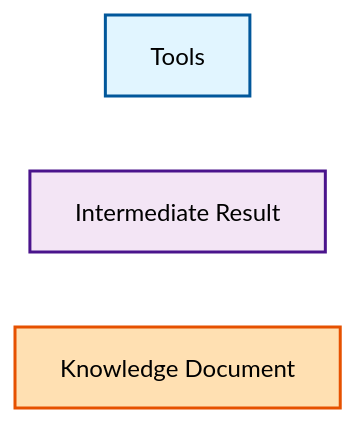
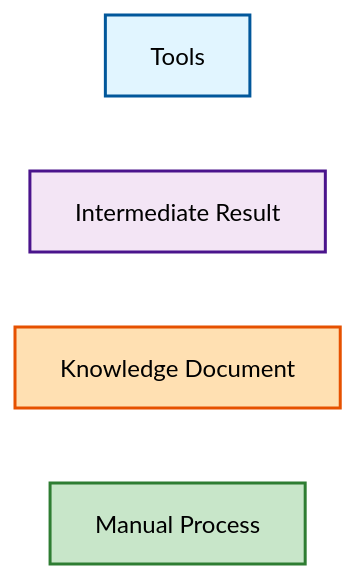
Before and after one commit to isidore/AIJournaling: the first of 2 diagrams in Flowchart_Journaling/journaling_process.md, drawn with Mermaid (forest theme). The commit also changed other lines of this file, not shown here.

````diff
--- a/Flowchart_Journaling/journaling_process.md
+++ b/Flowchart_Journaling/journaling_process.md
@@ -4,10 +4,12 @@
 ```mermaid
 graph LR
     A[Tools]:::tools
     B[Intermediate Result]:::output
     C[Knowledge Document]:::processing
+    D[Manual Process]:::manual
     
     classDef tools fill:#e1f5ff,stroke:#01579b,stroke-width:2px
     classDef output fill:#f3e5f5,stroke:#4a148c,stroke-width:2px
     classDef processing fill:#ffe0b2,stroke:#e65100,stroke-width:2px
+    classDef manual fill:#c8e6c9,stroke:#2e7d32,stroke-width:2px
 ```
````
